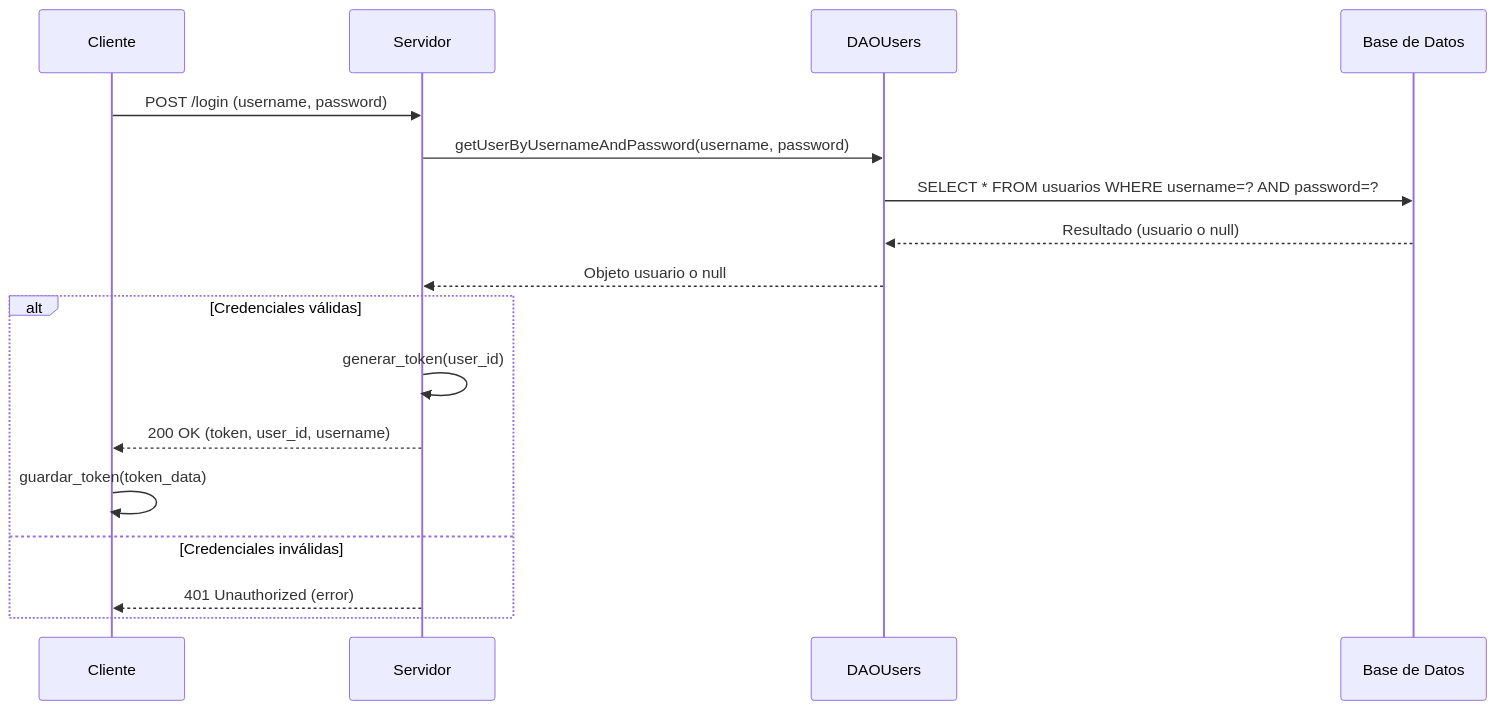
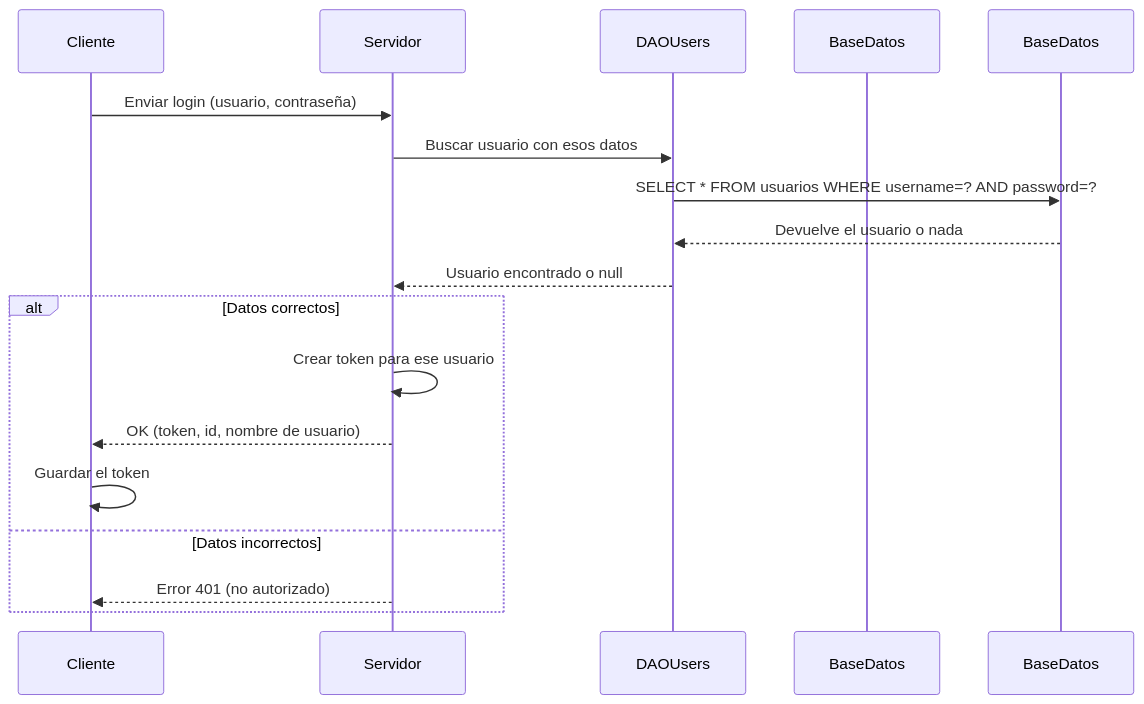
Before and after one commit to Dariella06/Rifters: the diagram in Diagramas/Diagrama_login.mermaid, drawn with Mermaid.

Commit message:
cambio de ciertos registros

```diff
--- a/Diagramas/Diagrama_login.mermaid
+++ b/Diagramas/Diagrama_login.mermaid
@@ -1,19 +1,19 @@
 sequenceDiagram
-    participant Cliente as Cliente
-    participant Servidor as Servidor
-    participant DAOUsers as DAOUsers
-    participant BD as Base de Datos
+    participant Cliente
+    participant Servidor
+    participant DAOUsers
+    participant BD as BaseDatos
 
-    Cliente->>Servidor: POST /login (username, password)
-    Servidor->>DAOUsers: getUserByUsernameAndPassword(username, password)
-    DAOUsers->>BD: SELECT * FROM usuarios WHERE username=? AND password=?
-    BD-->>DAOUsers: Resultado (usuario o null)
-    DAOUsers-->>Servidor: Objeto usuario o null
-    
-    alt Credenciales válidas
-        Servidor->>Servidor: generar_token(user_id)
-        Servidor-->>Cliente: 200 OK (token, user_id, username)
-        Cliente->>Cliente: guardar_token(token_data)
-    else Credenciales inválidas
-        Servidor-->>Cliente: 401 Unauthorized (error)
+    Cliente->>Servidor: Enviar login (usuario, contraseña)
+    Servidor->>DAOUsers: Buscar usuario con esos datos
+    DAOUsers->>BaseDatos: SELECT * FROM usuarios WHERE username=? AND password=?
+    BaseDatos-->>DAOUsers: Devuelve el usuario o nada
+    DAOUsers-->>Servidor: Usuario encontrado o null
+
+    alt Datos correctos
+        Servidor->>Servidor: Crear token para ese usuario
+        Servidor-->>Cliente: OK (token, id, nombre de usuario)
+        Cliente->>Cliente: Guardar el token
+    else Datos incorrectos
+        Servidor-->>Cliente: Error 401 (no autorizado)
     end
```
